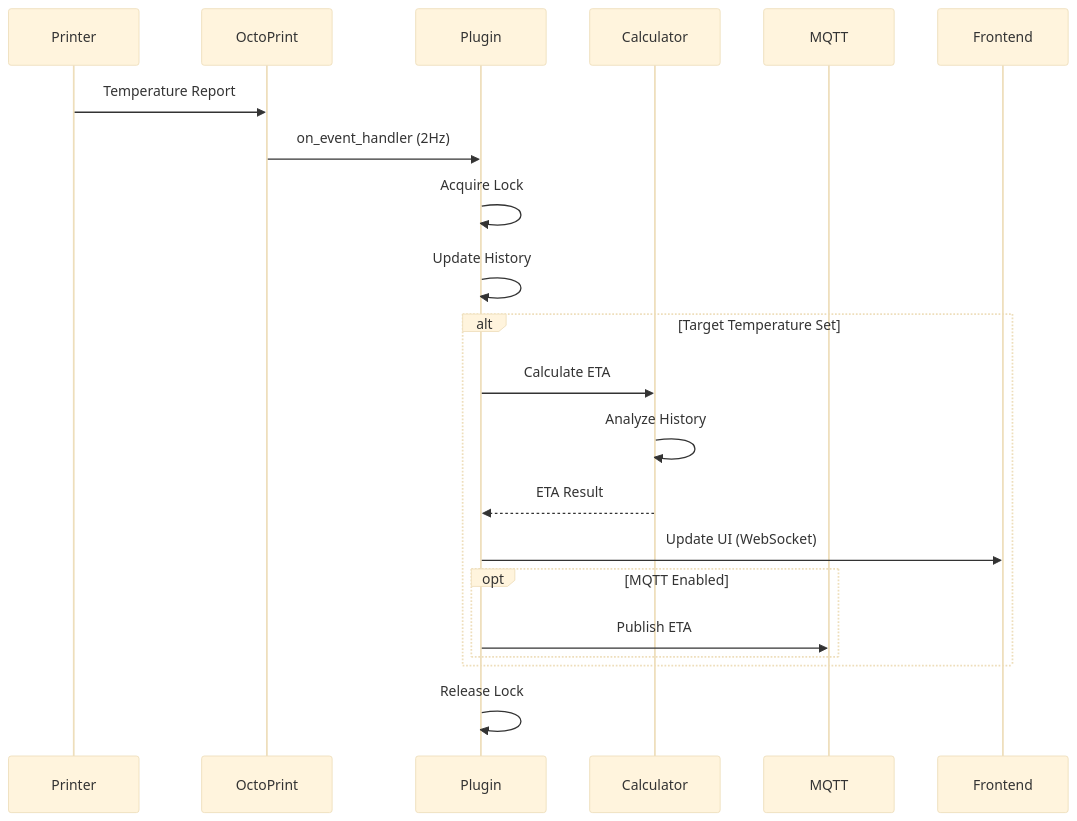
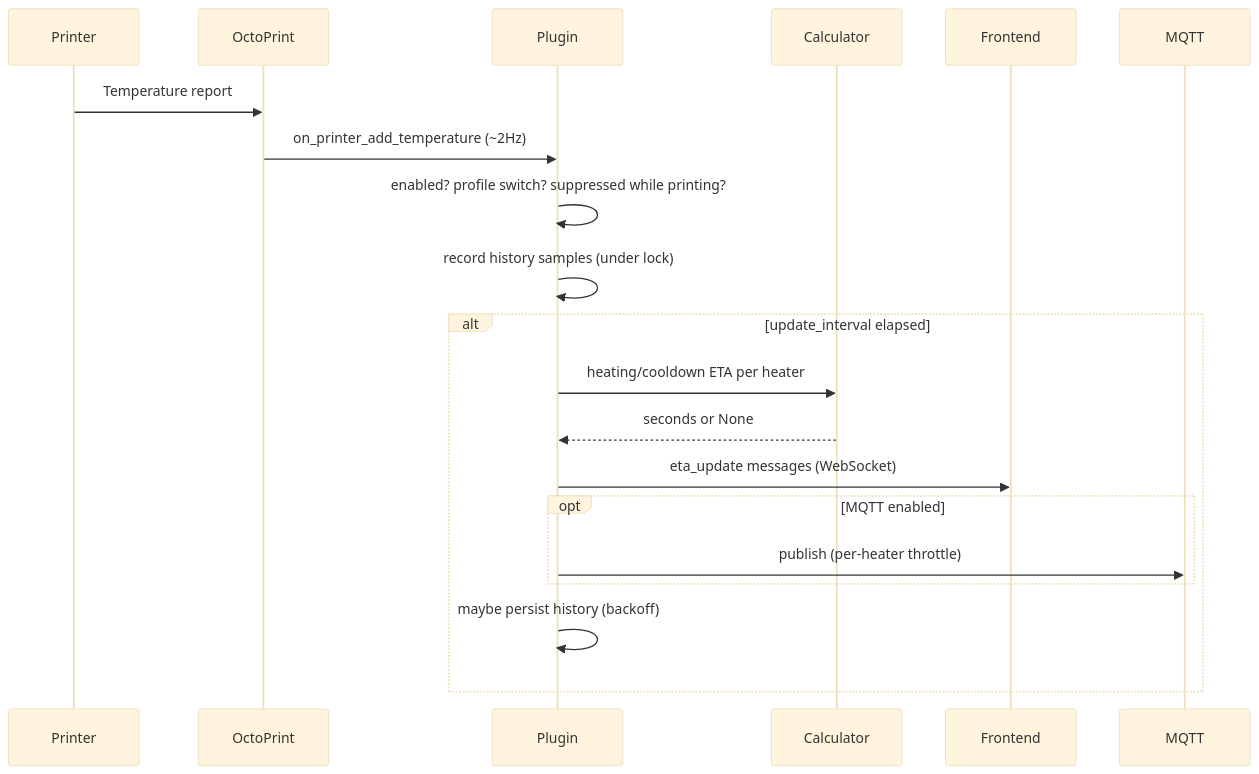
Before and after one commit to Ajimaru/OctoPrint-TempETA: the first of 2 diagrams in docs/architecture/data-flow.md, drawn with Mermaid (base theme). The commit also changed other lines of this file and 21 other files, not shown here.

````diff
--- a/docs/architecture/data-flow.md
+++ b/docs/architecture/data-flow.md
@@ -7,29 +11,25 @@
 ```mermaid
 sequenceDiagram
     participant Printer
     participant OctoPrint
     participant Plugin
     participant Calculator
+    participant Frontend
     participant MQTT
-    participant Frontend
 
-    Printer->>OctoPrint: Temperature Report
-    OctoPrint->>Plugin: on_event_handler (2Hz)
+    Printer->>OctoPrint: Temperature report
+    OctoPrint->>Plugin: on_printer_add_temperature (~2Hz)
 
-    Plugin->>Plugin: Acquire Lock
-    Plugin->>Plugin: Update History
+    Plugin->>Plugin: enabled? profile switch? suppressed while printing?
+    Plugin->>Plugin: record history samples (under lock)
 
-    alt Target Temperature Set
-        Plugin->>Calculator: Calculate ETA
-        Calculator->>Calculator: Analyze History
-        Calculator-->>Plugin: ETA Result
-
-        Plugin->>Frontend: Update UI (WebSocket)
-
-        opt MQTT Enabled
-            Plugin->>MQTT: Publish ETA
+    alt update_interval elapsed
+        Plugin->>Calculator: heating/cooldown ETA per heater
+        Calculator-->>Plugin: seconds or None
+        Plugin->>Frontend: eta_update messages (WebSocket)
+        opt MQTT enabled
+            Plugin->>MQTT: publish (per-heater throttle)
         end
+        Plugin->>Plugin: maybe persist history (backoff)
     end
-
-    Plugin->>Plugin: Release Lock
 ```
````
